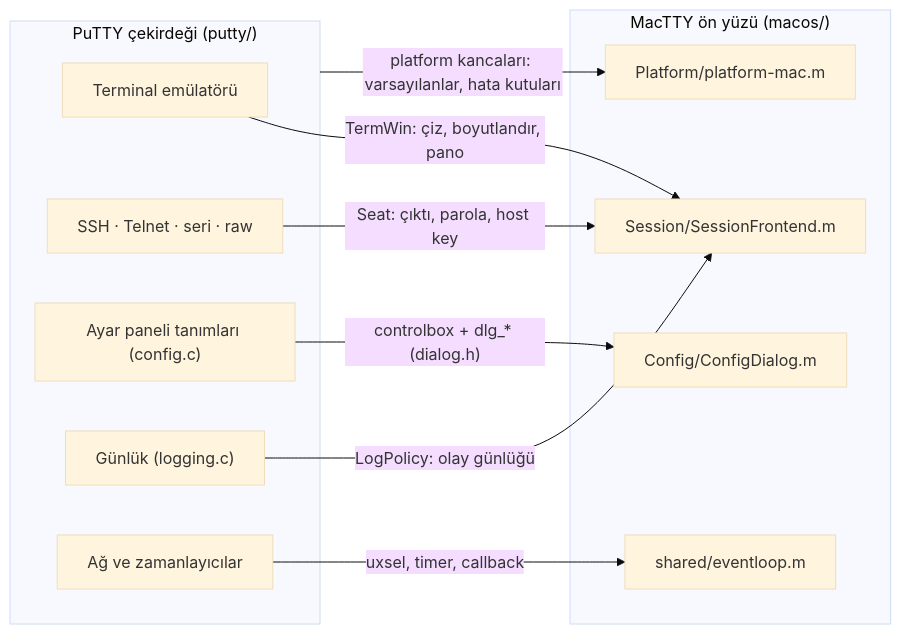
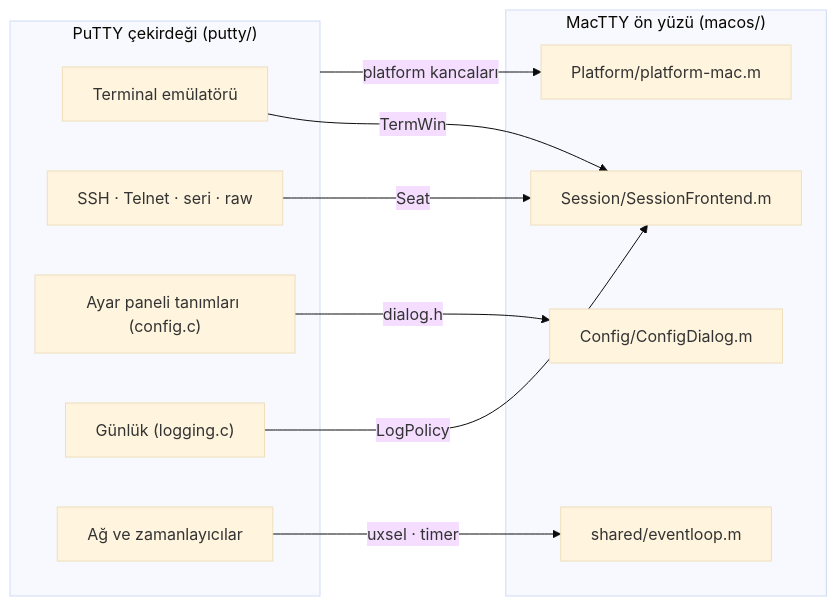
The first of 3 diagrams in docs/ARCHITECTURE.md (tallat1/MacTTY), drawn with Mermaid (base theme) before and after one commit.

Commit message:
ARCHITECTURE.md: short edge labels in the first diagram (they overlapped)

````diff
--- a/docs/ARCHITECTURE.md
+++ b/docs/ARCHITECTURE.md
@@ -17,22 +17,22 @@
 ```mermaid
 flowchart LR
     subgraph core["PuTTY çekirdeği (putty/)"]
         term["Terminal emülatörü"]
         backend["SSH · Telnet · seri · raw"]
         config["Ayar paneli tanımları (config.c)"]
         log["Günlük (logging.c)"]
         net["Ağ ve zamanlayıcılar"]
     end
     subgraph front["MacTTY ön yüzü (macos/)"]
         sf["Session/SessionFrontend.m"]
         cd["Config/ConfigDialog.m"]
         el["shared/eventloop.m"]
         pm["Platform/platform-mac.m"]
     end
-    term -- "TermWin: çiz, boyutlandır, pano" --> sf
-    backend -- "Seat: çıktı, parola, host key" --> sf
-    log -- "LogPolicy: olay günlüğü" --> sf
-    config -- "controlbox + dlg_* (dialog.h)" --> cd
-    net -- "uxsel, timer, callback" --> el
-    core -- "platform kancaları: varsayılanlar, hata kutuları" --> pm
+    term -- TermWin --> sf
+    backend -- Seat --> sf
+    log -- LogPolicy --> sf
+    config -- dialog.h --> cd
+    net -- "uxsel · timer" --> el
+    core -- "platform kancaları" --> pm
 ```
````
